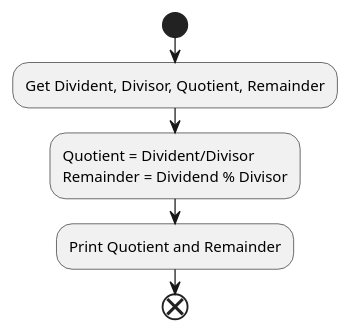
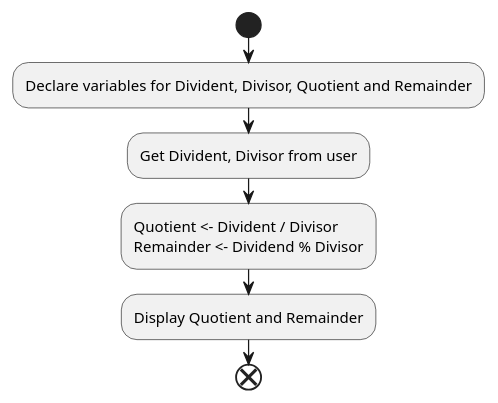
The diagram in assets/Quotient-and-Reminder.plantuml (Pranau-R/Quotient-and-Remainder), drawn with PlantUML before and after one commit. The commit also changed 5 other files, not shown here.

```diff
--- a/assets/Quotient-and-Reminder.plantuml
+++ b/assets/Quotient-and-Reminder.plantuml
@@ -1,10 +1,12 @@
 @startuml
 
 start
-:Get Divident, Divisor, Quotient, Remainder;
-:Quotient = Divident/Divisor
-Remainder = Dividend % Divisor;
-:Print Quotient and Remainder;
+
+:Declare variables for Divident, Divisor, Quotient and Remainder;
+:Get Divident, Divisor from user;
+:Quotient <- Divident / Divisor
+Remainder <- Dividend % Divisor;
+:Display Quotient and Remainder;
 end
 
 @enduml
```
